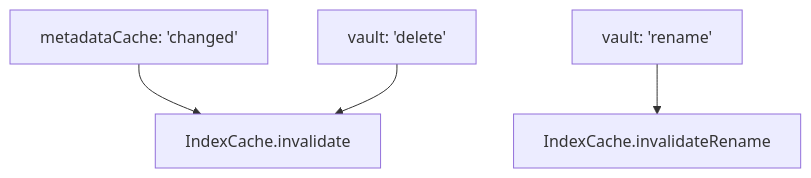
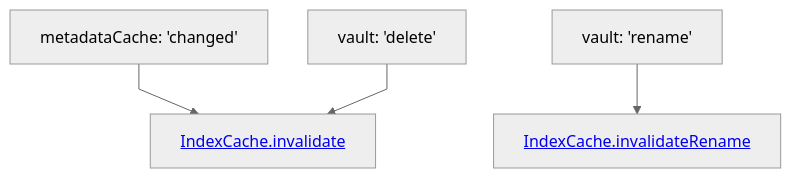
Before and after one commit to lucasgaldinos/obsidian-gfm-headers: the second of 6 diagrams in docs/architecture.md, drawn with Mermaid. The commit also changed other lines of this file and 31 other files, not shown here.

````diff
--- a/docs/architecture.md
+++ b/docs/architecture.md
@@ -114,6 +230,14 @@
 ```mermaid
+---
+config:
+  theme: neutral
+  flowchart:
+    nodeSpacing: 40
+    rankSpacing: 50
+    curve: linear
+---
 flowchart TD
-    M["metadataCache: 'changed'"] --> Inv["IndexCache.invalidate"]
-    R["vault: 'rename'"] --> InvR["IndexCache.invalidateRename"]
+    M["metadataCache: 'changed'"] --> Inv["<a href='../src/index-cache.ts'>IndexCache.invalidate</a>"]
+    R["vault: 'rename'"] --> InvR["<a href='../src/index-cache.ts'>IndexCache.invalidateRename</a>"]
     D["vault: 'delete'"] --> Inv
 ```
````
